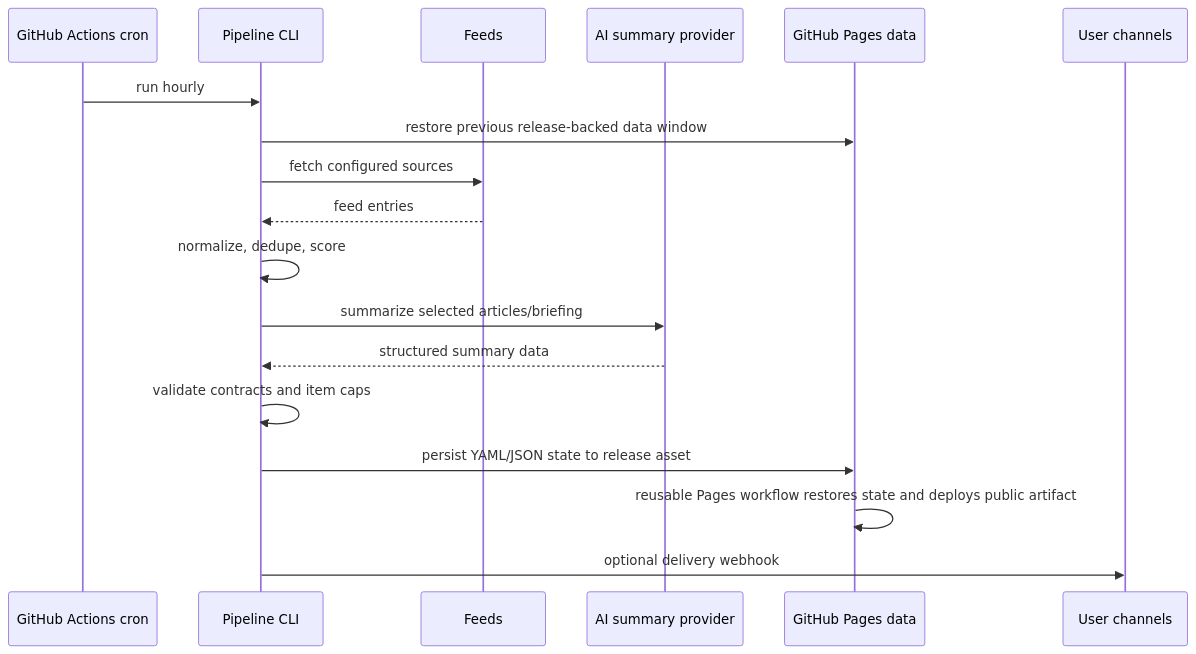
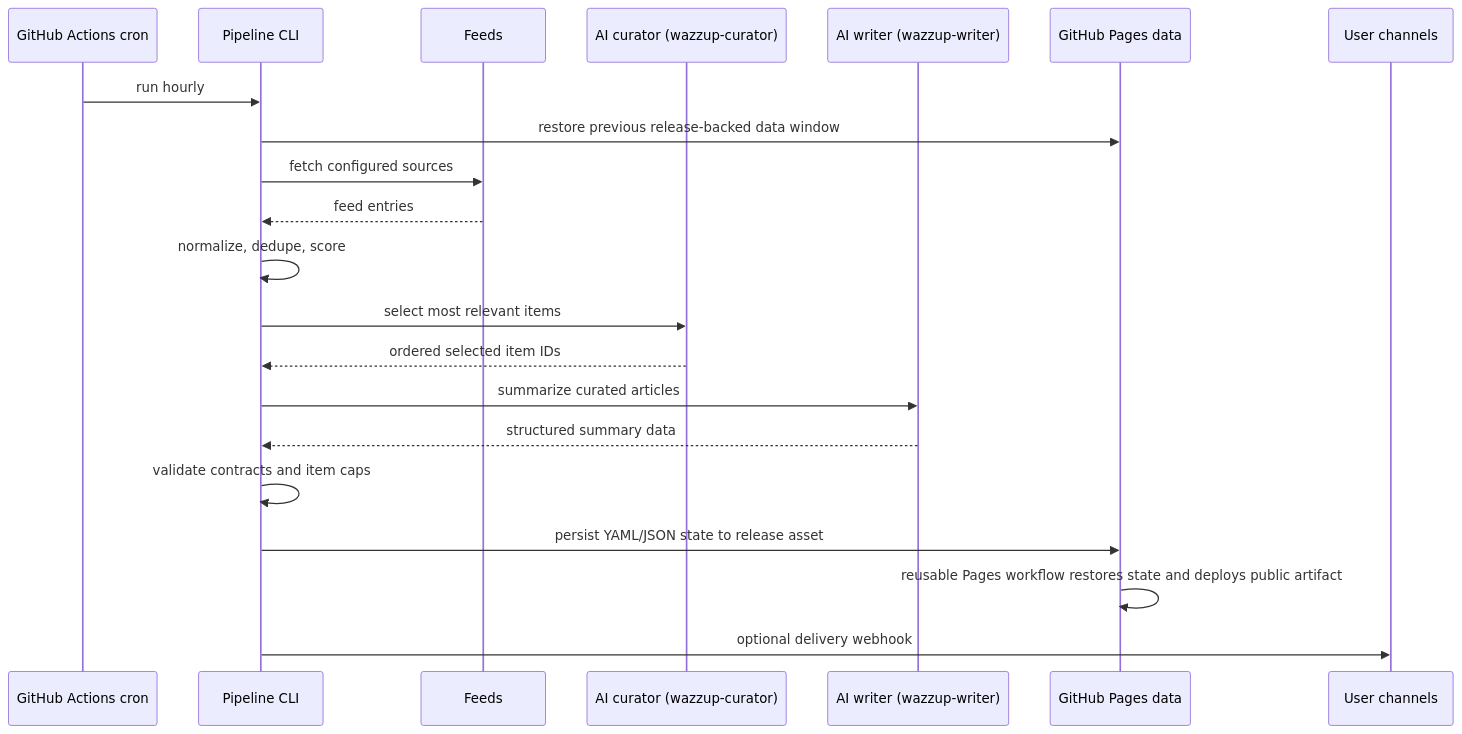
Before and after one commit to DevSecNinja/wazzup: the second of 2 diagrams in docs/architecture.md, drawn with Mermaid. The commit also changed other lines of this file and 5 other files, not shown here.

Commit message:
feat: separate curator and article summary with separate agents (#92)

````diff
--- a/docs/architecture.md
+++ b/docs/architecture.md
@@ -55,21 +56,24 @@
 ```mermaid
 sequenceDiagram
     participant Cron as GitHub Actions cron
     participant CLI as Pipeline CLI
     participant Feeds as Feeds
-    participant AI as AI summary provider
+    participant Curator as AI curator (wazzup-curator)
+    participant Writer as AI writer (wazzup-writer)
     participant Pages as GitHub Pages data
     participant User as User channels
 
     Cron->>CLI: run hourly
     CLI->>Pages: restore previous release-backed data window
     CLI->>Feeds: fetch configured sources
     Feeds-->>CLI: feed entries
     CLI->>CLI: normalize, dedupe, score
-    CLI->>AI: summarize selected articles/briefing
-    AI-->>CLI: structured summary data
+    CLI->>Curator: select most relevant items
+    Curator-->>CLI: ordered selected item IDs
+    CLI->>Writer: summarize curated articles
+    Writer-->>CLI: structured summary data
     CLI->>CLI: validate contracts and item caps
     CLI->>Pages: persist YAML/JSON state to release asset
     Pages->>Pages: reusable Pages workflow restores state and deploys public artifact
     CLI->>User: optional delivery webhook
 ```
````
